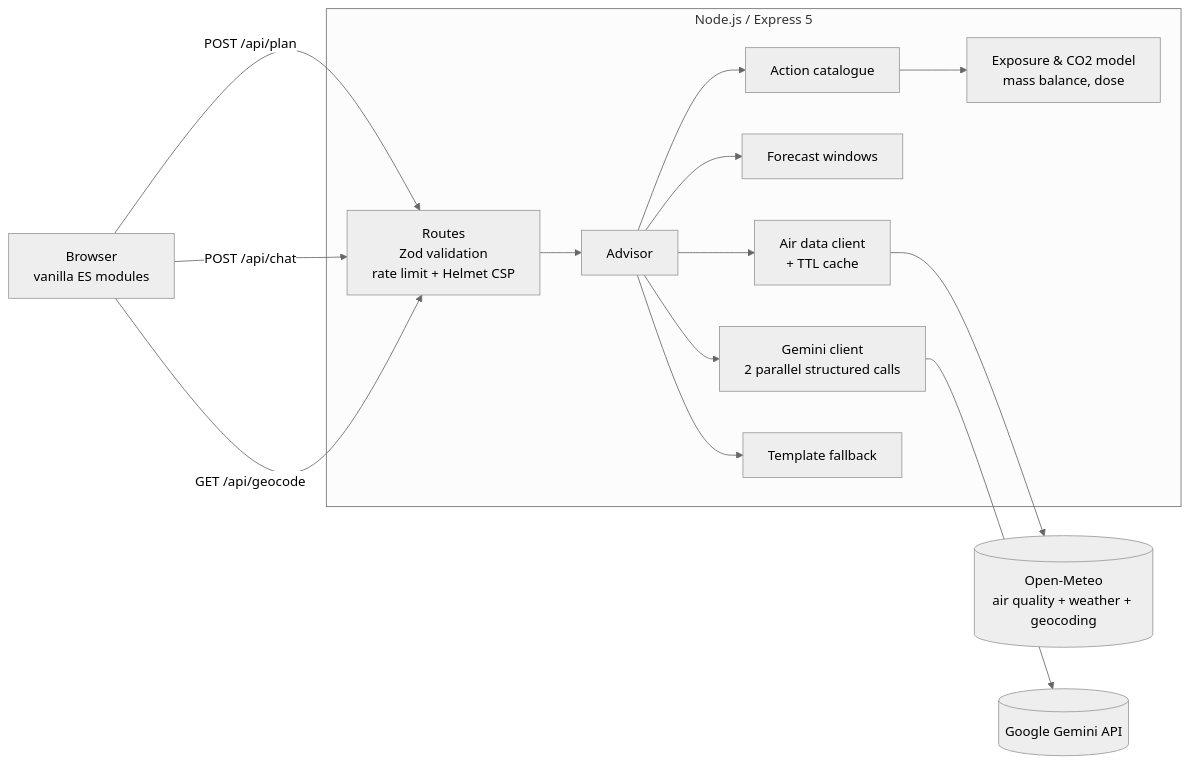
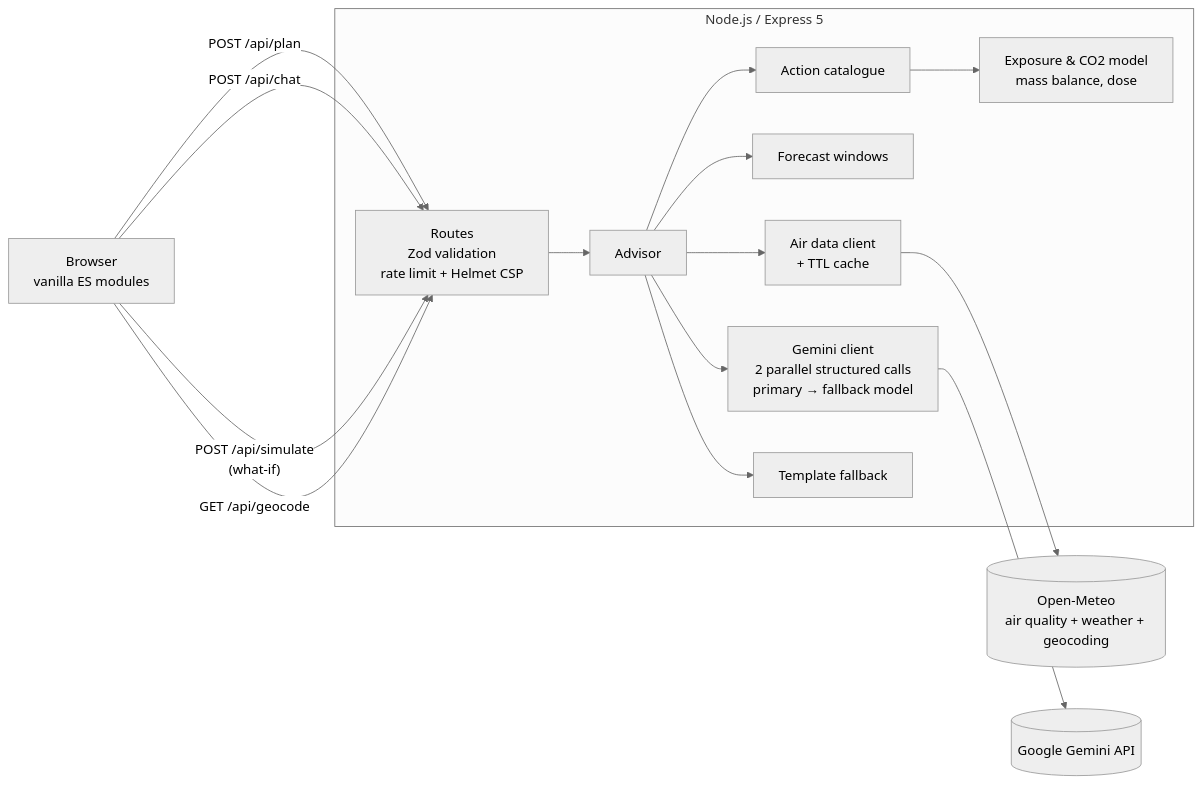
One commit to mk12002/AirWise changed the diagram in README.md. Above: the diagram before and after it, drawn with Mermaid (neutral theme). The commit also changed other lines of this file and 46 other files, not shown here.

First line of the commit message:
Add what-if simulator, health framing, languages and model fallback

````diff
--- a/README.md
+++ b/README.md
@@ -40,17 +44,18 @@
 ```mermaid
 flowchart LR
   UI[Browser<br/>vanilla ES modules] -- POST /api/plan --> API
   UI -- POST /api/chat --> API
+  UI -- POST /api/simulate<br/>(what-if) --> API
   UI -- GET /api/geocode --> API
   subgraph Server [Node.js / Express 5]
     API[Routes<br/>Zod validation<br/>rate limit + Helmet CSP] --> ADV[Advisor]
     ADV --> AIR[Air data client<br/>+ TTL cache]
     ADV --> WIN[Forecast windows]
     ADV --> ACT[Action catalogue]
     ACT --> EXP[Exposure & CO2 model<br/>mass balance, dose]
-    ADV --> G[Gemini client<br/>2 parallel structured calls]
+    ADV --> G[Gemini client<br/>2 parallel structured calls<br/>primary → fallback model]
     ADV --> F[Template fallback]
   end
   AIR --> OM[(Open-Meteo<br/>air quality + weather + geocoding)]
   G --> Gemini[(Google Gemini API)]
 ```
````
